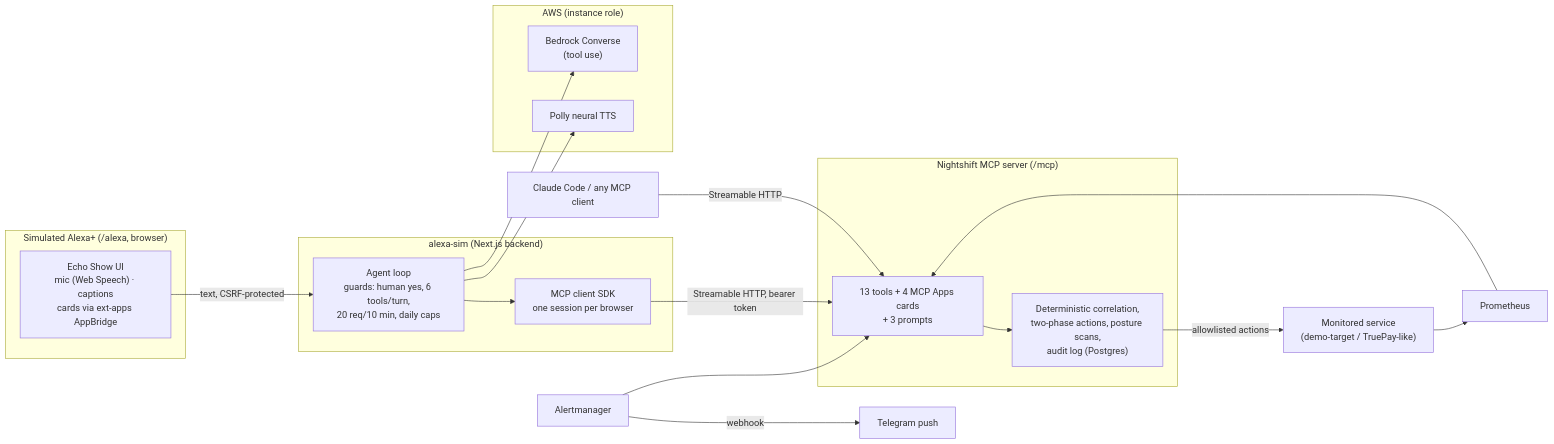
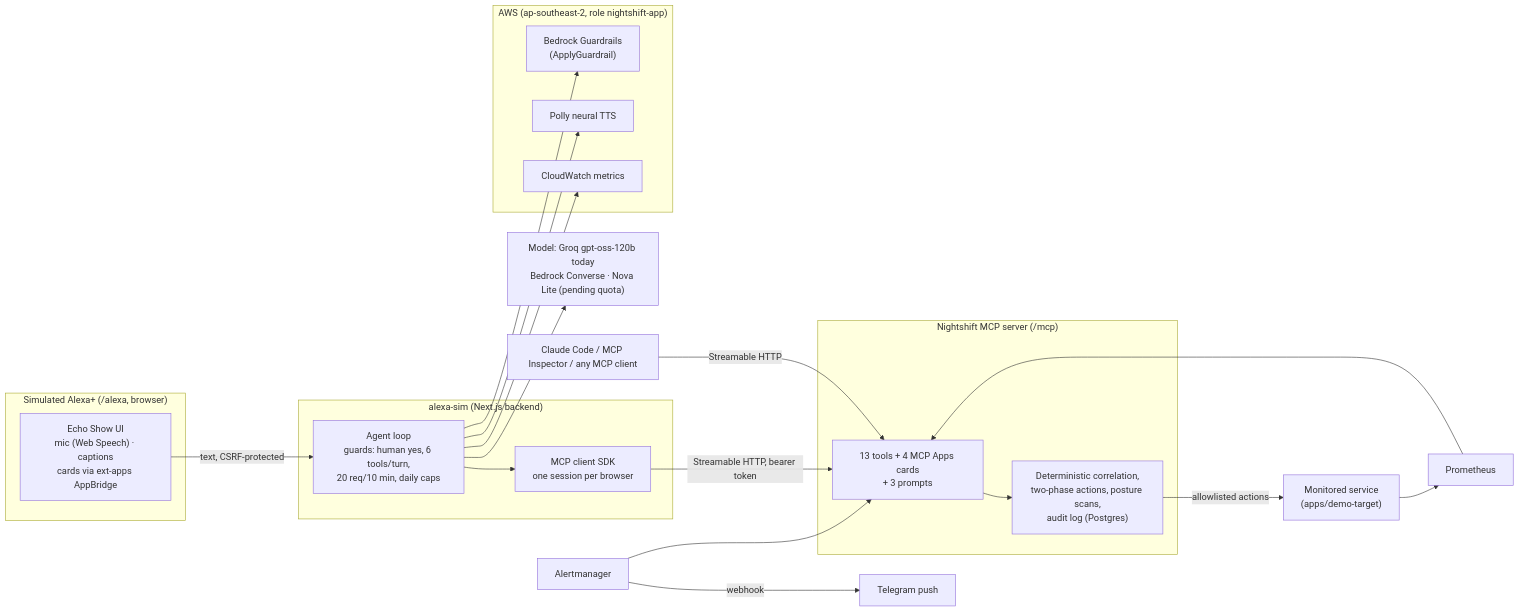
Before and after one commit to NaveenVikramR/nightshift: the diagram in README.md, drawn with Mermaid. The commit also changed other lines of this file and 1 other file, not shown here.

````diff
--- a/README.md
+++ b/README.md
@@ -35,30 +104,34 @@
 ```mermaid
 flowchart LR
   subgraph Browser["Simulated Alexa+ (/alexa, browser)"]
     UI["Echo Show UI<br/>mic (Web Speech) · captions<br/>cards via ext-apps AppBridge"]
   end
   subgraph Sim["alexa-sim (Next.js backend)"]
     Agent["Agent loop<br/>guards: human yes, 6 tools/turn,<br/>20 req/10 min, daily caps"]
     MCPC["MCP client SDK<br/>one session per browser"]
   end
-  subgraph AWS["AWS (instance role)"]
-    Bedrock["Bedrock Converse<br/>(tool use)"]
+  subgraph AWS["AWS (ap-southeast-2, role nightshift-app)"]
+    Guard["Bedrock Guardrails<br/>(ApplyGuardrail)"]
     Polly["Polly neural TTS"]
+    CW["CloudWatch metrics"]
   end
+  Model["Model: Groq gpt-oss-120b today<br/>Bedrock Converse · Nova Lite (pending quota)"]
   subgraph NS["Nightshift MCP server (/mcp)"]
     Tools["13 tools + 4 MCP Apps cards<br/>+ 3 prompts"]
     Rules["Deterministic correlation,<br/>two-phase actions, posture scans,<br/>audit log (Postgres)"]
   end
   Prom["Prometheus"] --> Tools
   AM["Alertmanager"] --> Tools
   AM -- webhook --> Tele["Telegram push"]
   Tools --> Rules
-  Rules -- "allowlisted actions" --> Demo["Monitored service<br/>(demo-target / TruePay-like)"]
+  Rules -- "allowlisted actions" --> Demo["Monitored service<br/>(apps/demo-target)"]
   Demo --> Prom
   UI -- "text, CSRF-protected" --> Agent
-  Agent --> Bedrock
+  Agent --> Guard
+  Agent --> Model
   Agent --> Polly
+  Agent --> CW
   Agent --> MCPC
   MCPC -- "Streamable HTTP, bearer token" --> Tools
-  CC["Claude Code / any MCP client"] -- "Streamable HTTP" --> Tools
+  CC["Claude Code / MCP Inspector / any MCP client"] -- "Streamable HTTP" --> Tools
 ```
````
